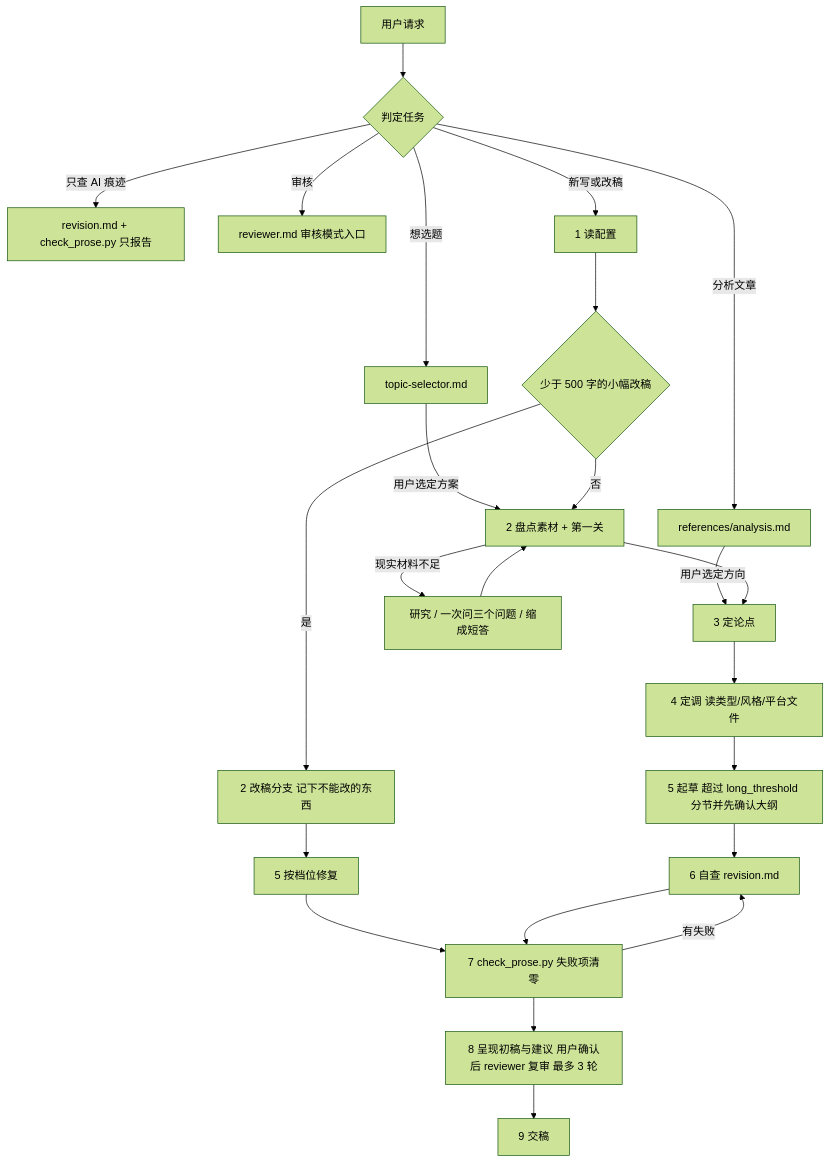
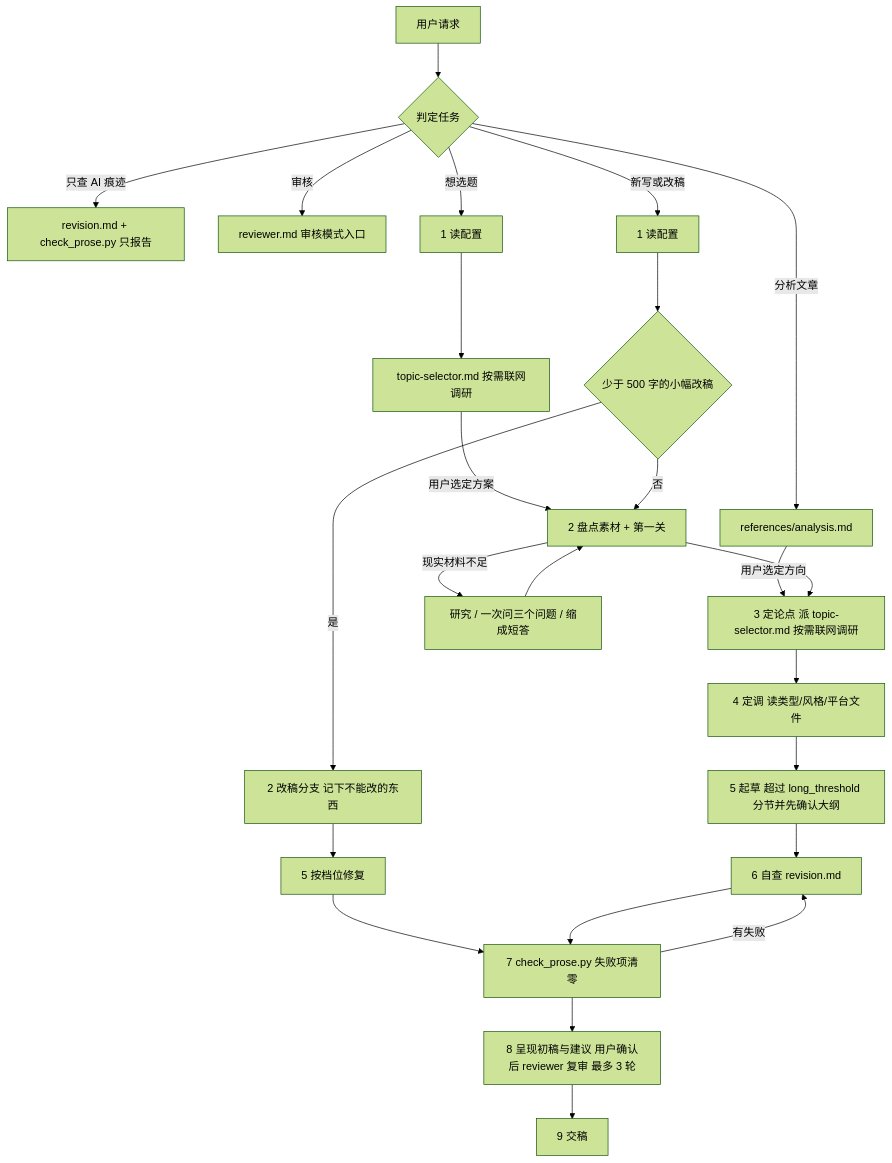
The diagram in skills/human-writing/SKILL.md (AllynYonge/yonge-agent-toolset), drawn with Mermaid (forest theme) before and after one commit. The commit also changed other lines of this file and 5 other files, not shown here.

````diff
--- a/skills/human-writing/SKILL.md
+++ b/skills/human-writing/SKILL.md
@@ -122,24 +123,24 @@
 ```mermaid
 flowchart TD
     A[用户请求] --> B{判定任务}
     B -->|分析文章| AN[references/analysis.md]
     B -->|只查 AI 痕迹| CK[revision.md + check_prose.py 只报告]
     B -->|审核| RV[reviewer.md 审核模式入口]
-    B -->|想选题| TS[topic-selector.md]
+    B -->|想选题| S1T[1 读配置] --> TS[topic-selector.md 按需联网调研]
     B -->|新写或改稿| S1[1 读配置]
     AN -->|用户选定方向| S3
     TS -->|用户选定方案| S2
     S1 --> SHORT{少于 500 字的小幅改稿}
     SHORT -->|是| S2R[2 改稿分支 记下不能改的东西] --> S5R[5 按档位修复] --> S7
     SHORT -->|否| S2[2 盘点素材 + 第一关]
     S2 -->|现实材料不足| GAP[研究 / 一次问三个问题 / 缩成短答]
     GAP --> S2
-    S2 --> S3[3 定论点]
+    S2 --> S3[3 定论点 派 topic-selector.md 按需联网调研]
     S3 --> S4[4 定调 读类型/风格/平台文件]
     S4 --> S5[5 起草 超过 long_threshold 分节并先确认大纲]
     S5 --> S6[6 自查 revision.md]
     S6 --> S7[7 check_prose.py 失败项清零]
     S7 -->|有失败| S6
     S7 --> S8[8 呈现初稿与建议 用户确认后 reviewer 复审 最多 3 轮]
     S8 --> S9[9 交稿]
 ```
````
